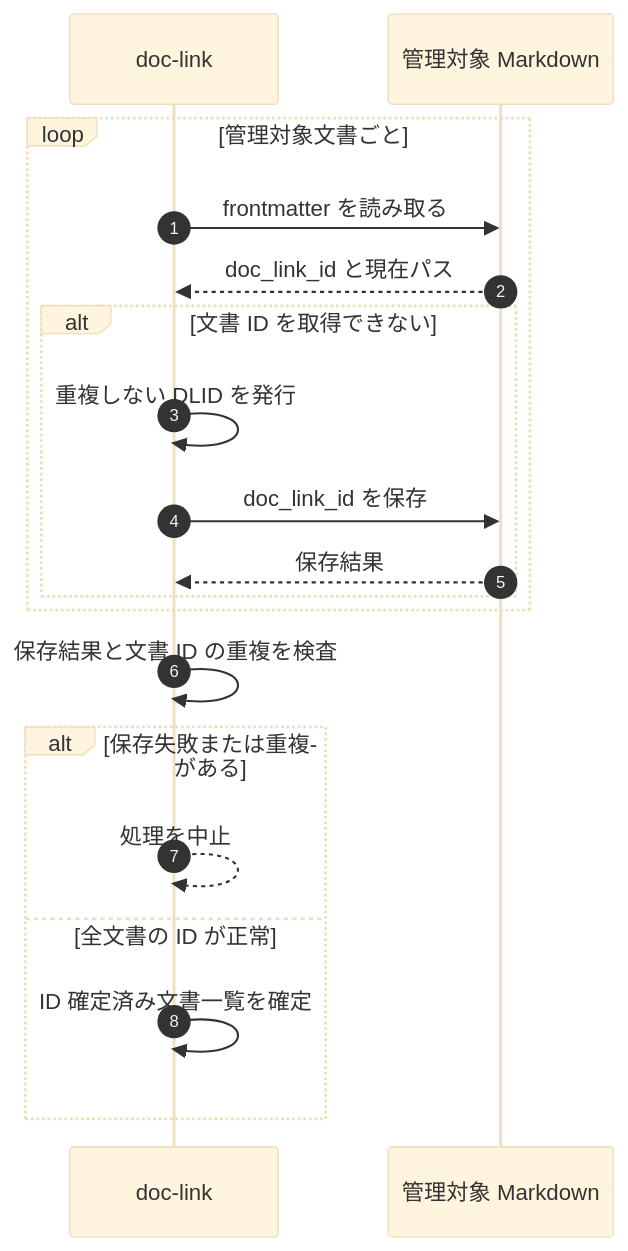
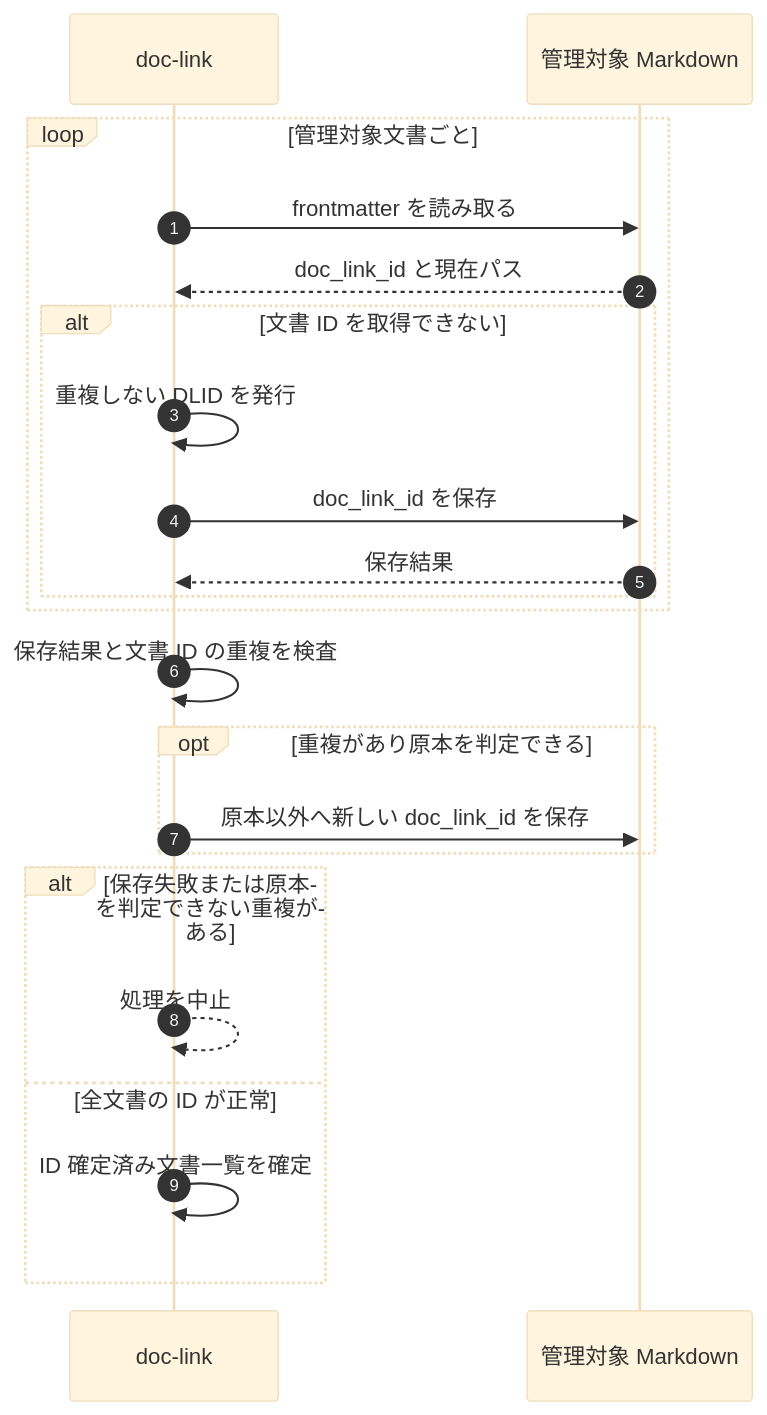
The diagram in doc/spec/requirement/REQ-002-document-id.md (BlueEventHorizon/doc-link), drawn with Mermaid (base theme) before and after one commit. The commit also changed other lines of this file and 12 other files, not shown here.

````diff
--- a/doc/spec/requirement/REQ-002-document-id.md
+++ b/doc/spec/requirement/REQ-002-document-id.md
@@ -124,23 +124,26 @@
 ```mermaid
 sequenceDiagram
     autonumber
     participant DocLink as doc-link
     participant Docs as 管理対象 Markdown
 
     loop 管理対象文書ごと
         DocLink->>Docs: frontmatter を読み取る
         Docs-->>DocLink: doc_link_id と現在パス
         alt 文書 ID を取得できない
             DocLink->>DocLink: 重複しない DLID を発行
             DocLink->>Docs: doc_link_id を保存
             Docs-->>DocLink: 保存結果
         end
     end
 
     DocLink->>DocLink: 保存結果と文書 ID の重複を検査
-    alt 保存失敗または重複がある
+    opt 重複があり原本を判定できる
+        DocLink->>Docs: 原本以外へ新しい doc_link_id を保存
+    end
+    alt 保存失敗または原本を判定できない重複がある
         DocLink-->>DocLink: 処理を中止
     else 全文書の ID が正常
         DocLink->>DocLink: ID 確定済み文書一覧を確定
     end
 ```
````
